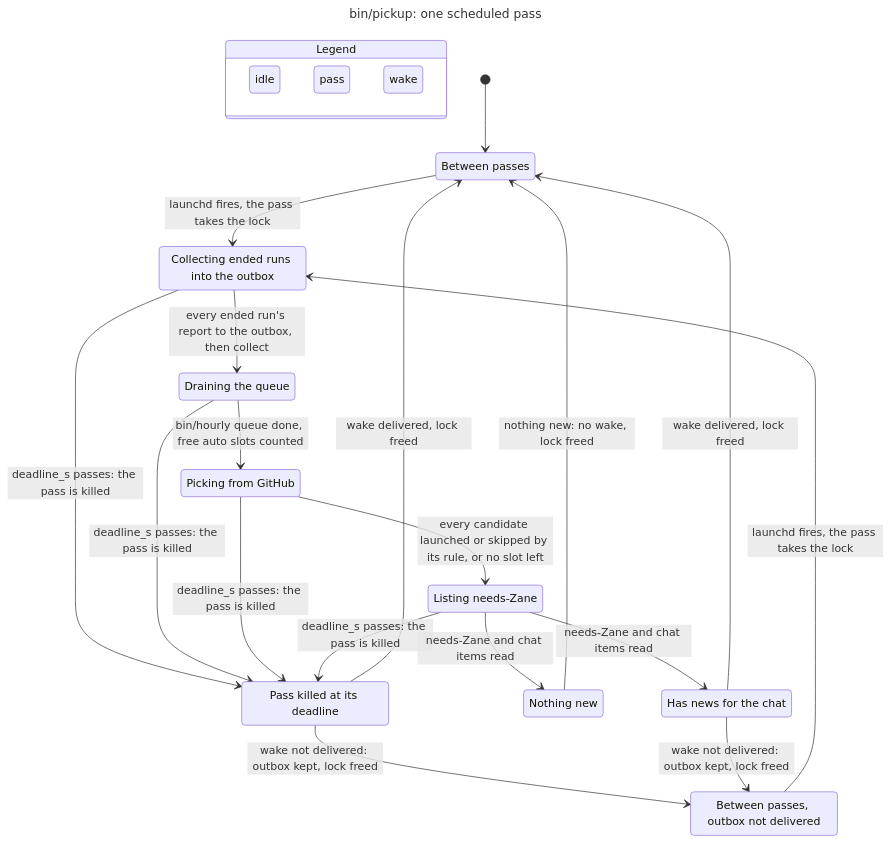
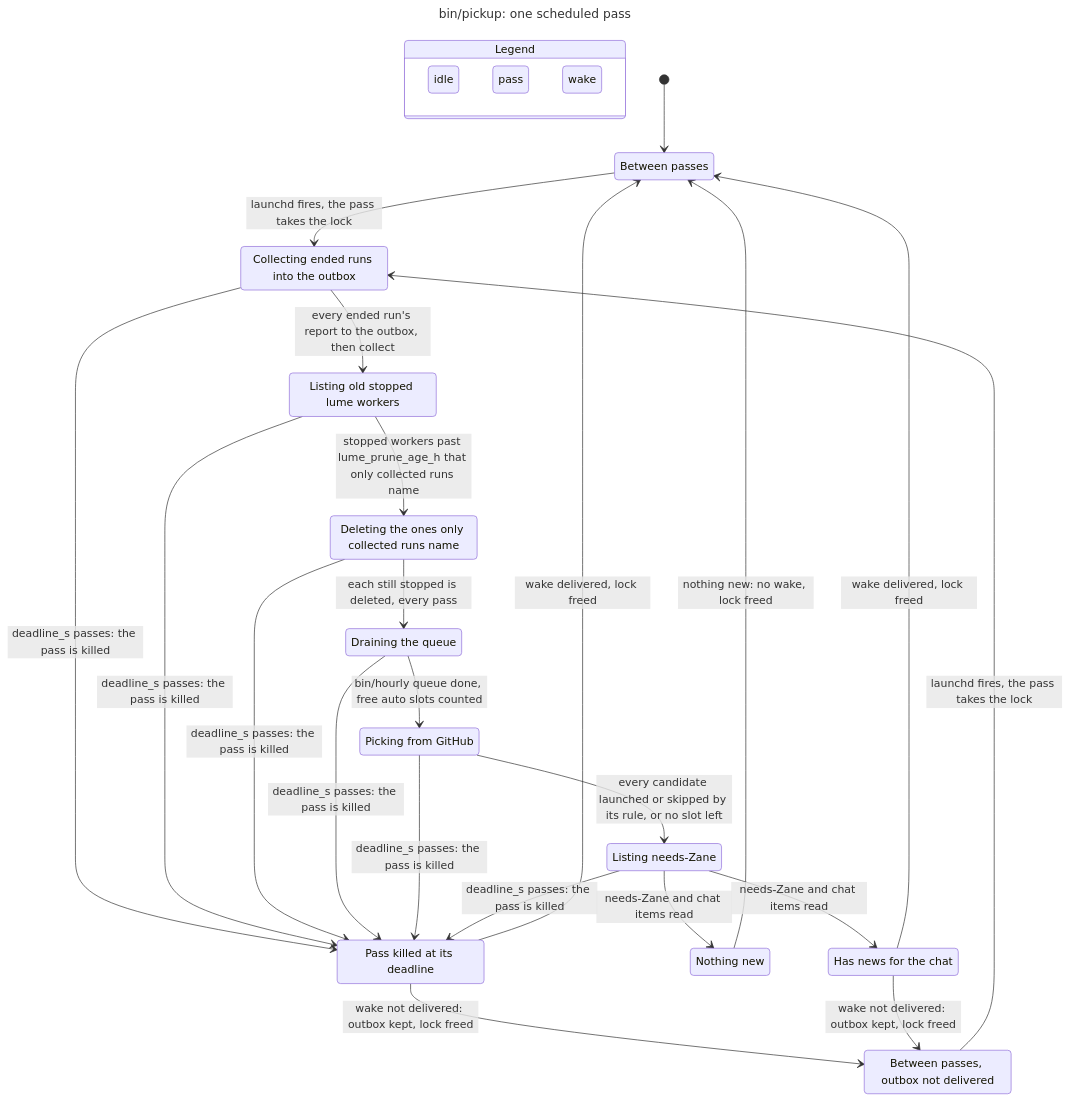
Before and after one commit to injaneity/zstack: the diagram in model/Pickup.mmd, drawn with Mermaid. The commit also changed 9 other files, not shown here.

Commit message:
fix(pickup): model a lume prune on every pass, and the mutants it must kill

```diff
--- a/model/Pickup.mmd
+++ b/model/Pickup.mmd
@@ -1,47 +1,55 @@
 ---
 title: "bin/pickup: one scheduled pass"
 ---
 stateDiagram-v2
   state "Legend" as legend {
     lg0: idle
     lg1: pass
     lg2: wake
   }
   class lg0 blue
   class lg1 teal
   class lg2 yellow
   s0: Between passes
   s1: Collecting ended runs into the outbox
-  s2: Draining the queue
+  s2: Listing old stopped lume workers
   s3: Pass killed at its deadline
-  s4: Picking from GitHub
-  s5: Between passes, outbox not delivered
-  s6: Listing needs-Zane
-  s7: Nothing new
-  s8: Has news for the chat
+  s4: Deleting the ones only collected runs name
+  s5: Draining the queue
+  s6: Between passes, outbox not delivered
+  s7: Picking from GitHub
+  s8: Listing needs-Zane
+  s9: Nothing new
+  s10: Has news for the chat
   [*] --> s0
   s0 --> s1: launchd fires, the pass takes the lock
   s1 --> s2: every ended run's report to the outbox, then collect
   s1 --> s3: deadline_s passes: the pass is killed
   s2 --> s3: deadline_s passes: the pass is killed
-  s2 --> s4: bin/hourly queue done, free auto slots counted
+  s2 --> s4: stopped workers past lume_prune_age_h that only collected runs name
   s4 --> s3: deadline_s passes: the pass is killed
+  s4 --> s5: each still stopped is deleted, every pass
   s3 --> s0: wake delivered, lock freed
-  s3 --> s5: wake not delivered: outbox kept, lock freed
-  s4 --> s6: every candidate launched or skipped by its rule, or no slot left
-  s6 --> s3: deadline_s passes: the pass is killed
-  s6 --> s7: needs-Zane and chat items read
-  s5 --> s1: launchd fires, the pass takes the lock
-  s7 --> s0: nothing new: no wake, lock freed
-  s6 --> s8: needs-Zane and chat items read
-  s8 --> s0: wake delivered, lock freed
-  s8 --> s5: wake not delivered: outbox kept, lock freed
+  s3 --> s6: wake not delivered: outbox kept, lock freed
+  s5 --> s3: deadline_s passes: the pass is killed
+  s5 --> s7: bin/hourly queue done, free auto slots counted
+  s7 --> s3: deadline_s passes: the pass is killed
+  s6 --> s1: launchd fires, the pass takes the lock
+  s7 --> s8: every candidate launched or skipped by its rule, or no slot left
+  s8 --> s3: deadline_s passes: the pass is killed
+  s8 --> s9: needs-Zane and chat items read
+  s9 --> s0: nothing new: no wake, lock freed
+  s8 --> s10: needs-Zane and chat items read
+  s10 --> s0: wake delivered, lock freed
+  s10 --> s6: wake not delivered: outbox kept, lock freed
   class s0 blue
   class s1 teal
   class s2 teal
   class s3 yellow
   class s4 teal
-  class s5 blue
-  class s6 teal
-  class s7 yellow
-  class s8 yellow
+  class s5 teal
+  class s6 blue
+  class s7 teal
+  class s8 teal
+  class s9 yellow
+  class s10 yellow
```
